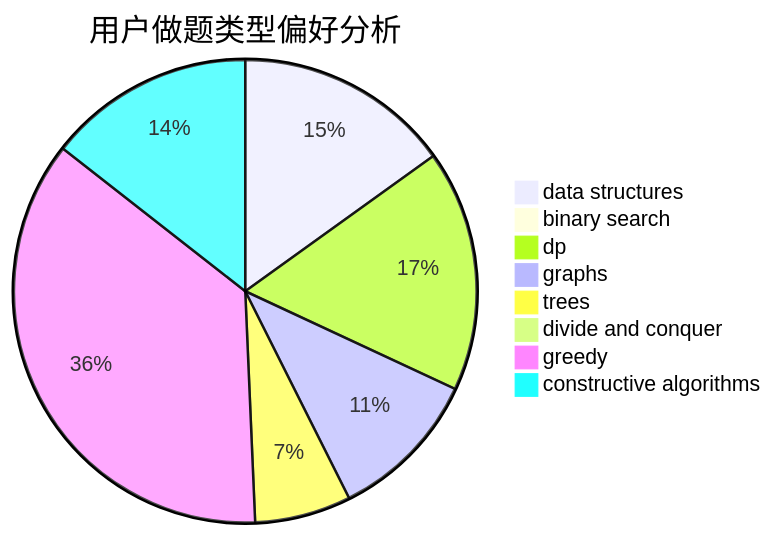
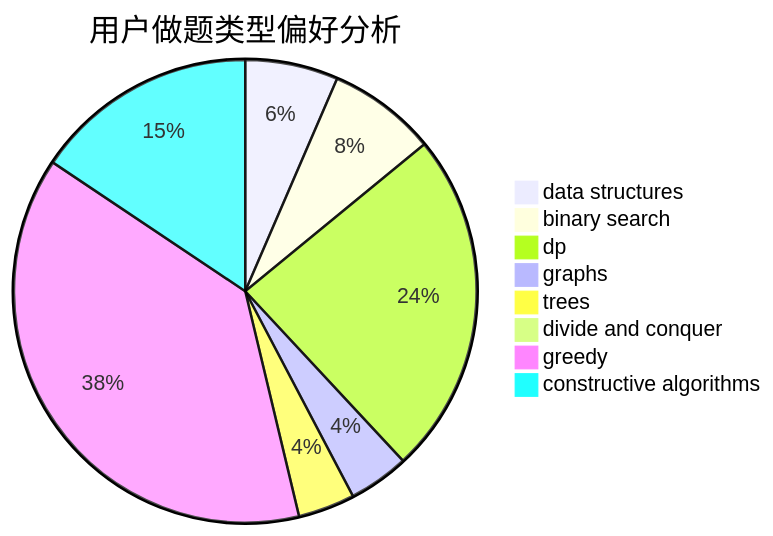
The second of 3 diagrams in docs/user/u349.md (sherpahu/cfrs.github.io), drawn with Mermaid before and after one commit. The commit also changed other lines of this file and 2770 other files, not shown here.

````diff
--- a/docs/user/u349.md
+++ b/docs/user/u349.md
@@ -23,11 +23,11 @@
 ```mermaid
 pie title 用户做题类型偏好分析
-    "data structures" :  397
-    "binary search" :  19
-    "dp" :  444
-    "graphs" :  281
-    "trees" :  177
-    "divide and conquer" :  6
-    "greedy" :  955
-    "constructive algorithms" :  380
+    "data structures" :  126
+    "binary search" :  147
+    "dp" :  466
+    "graphs" :  82
+    "trees" :  77
+    "divide and conquer" :  19
+    "greedy" :  740
+    "constructive algorithms" :  303
 ```
````
